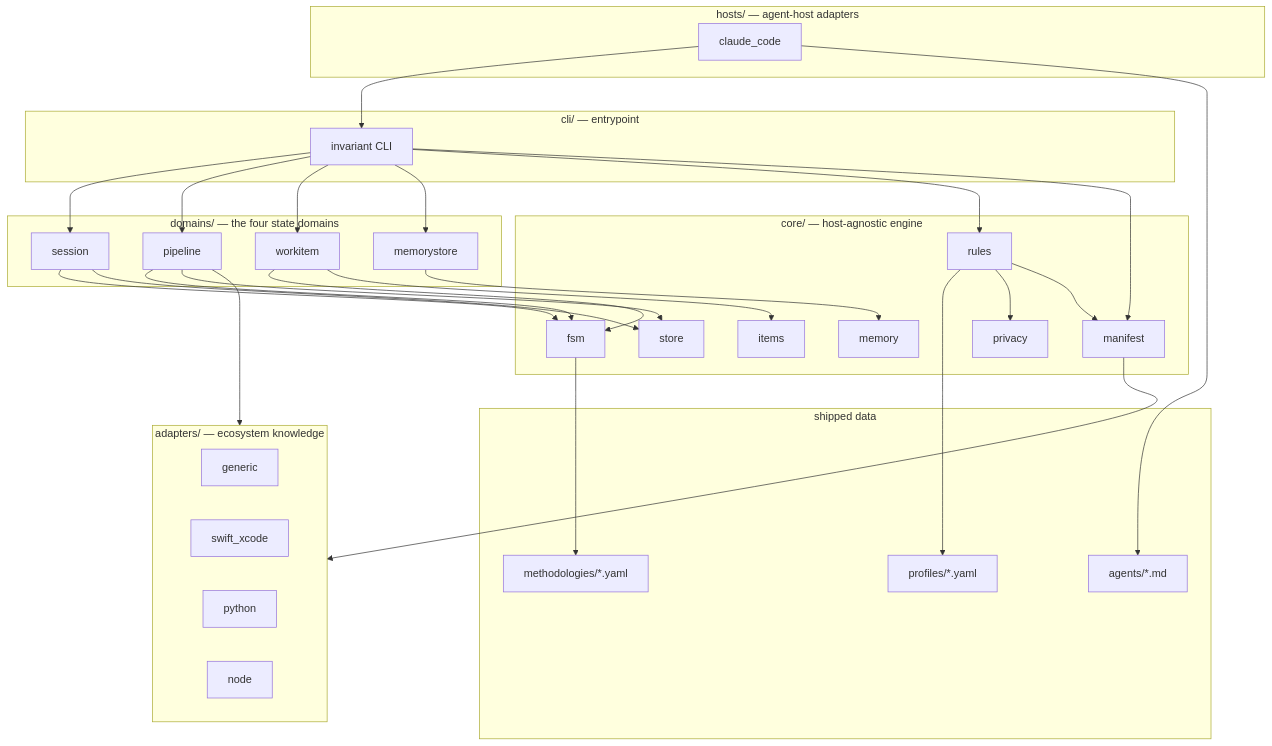
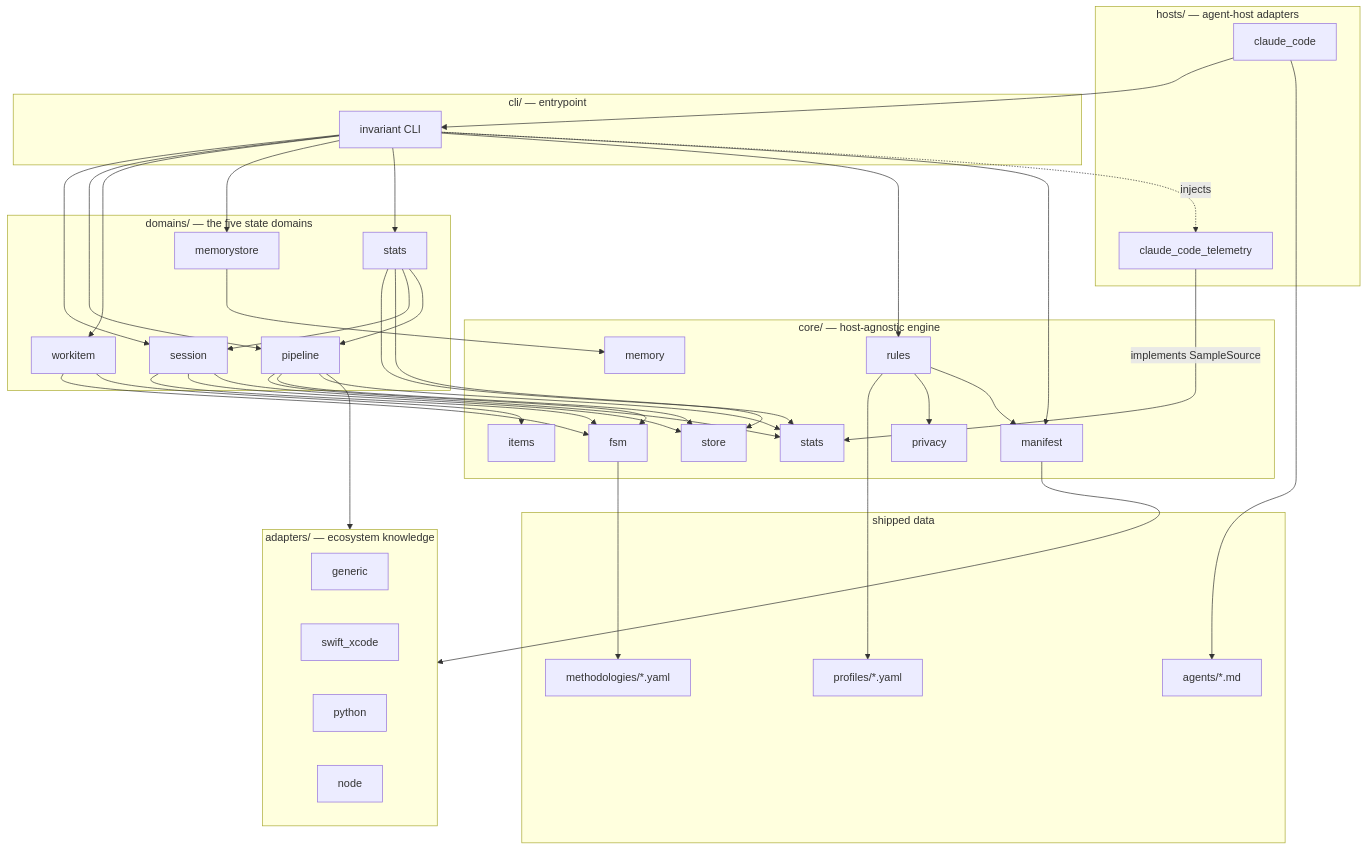
The first of 3 diagrams in docs/architecture/overview.md (Mindchallenges/Invariant), drawn with Mermaid before and after one commit. The commit also changed other lines of this file and 17 other files, not shown here.

````diff
--- a/docs/architecture/overview.md
+++ b/docs/architecture/overview.md
@@ -12,64 +12,76 @@
 ```mermaid
 graph TD
     subgraph host["hosts/ — agent-host adapters"]
         CC[claude_code]
+        CCTEL[claude_code_telemetry]
     end
 
     subgraph cli["cli/ — entrypoint"]
         CLI[invariant CLI]
     end
 
     subgraph core["core/ — host-agnostic engine"]
         FSM[fsm]
         STORE[store]
         MANIFEST[manifest]
         RULES[rules]
         ITEMS[items]
         MEMORY[memory]
         PRIVACY[privacy]
+        STATS[stats]
     end
 
-    subgraph domains["domains/ — the four state domains"]
+    subgraph domains["domains/ — the five state domains"]
         SESSION[session]
         PIPELINE[pipeline]
         WORKITEM[workitem]
         MEMDOMAIN[memorystore]
+        STATSDOMAIN[stats]
     end
 
     subgraph adapters["adapters/ — ecosystem knowledge"]
         GENERIC[generic]
         SWIFT[swift_xcode]
         PY[python]
         NODE[node]
     end
 
     subgraph data["shipped data"]
         METH[methodologies/*.yaml]
         PROF[profiles/*.yaml]
         AGENTS[agents/*.md]
     end
 
     CC --> CLI
     CLI --> SESSION
     CLI --> PIPELINE
     CLI --> WORKITEM
     CLI --> MEMDOMAIN
+    CLI --> STATSDOMAIN
     CLI --> RULES
     CLI --> MANIFEST
+    CLI -. injects .-> CCTEL
 
     SESSION --> FSM
     PIPELINE --> FSM
     WORKITEM --> FSM
     SESSION --> STORE
     PIPELINE --> STORE
     WORKITEM --> ITEMS
     MEMDOMAIN --> MEMORY
+    STATSDOMAIN --> STATS
+    STATSDOMAIN --> STORE
+    STATSDOMAIN --> SESSION
+    STATSDOMAIN --> PIPELINE
+    SESSION --> STATS
+    PIPELINE --> STATS
+    CCTEL -- implements SampleSource --> STATS
 
     FSM --> METH
     RULES --> PROF
     RULES --> PRIVACY
     RULES --> MANIFEST
     MANIFEST --> adapters
     PIPELINE --> adapters
     CC --> AGENTS
 ```
````
